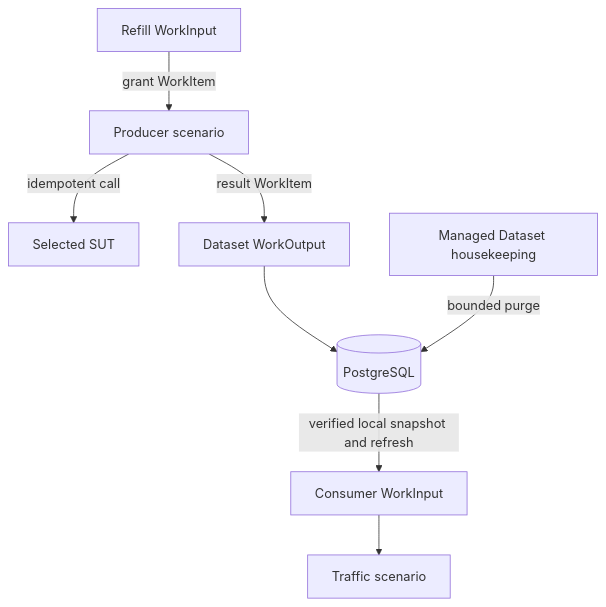
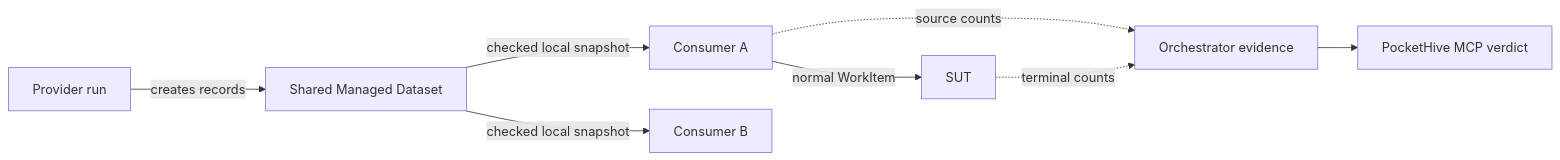
One commit to sepa79/PocketHive changed the diagram in docs/inProgress/managed-datasets-team-overview-plain-language.md. Above: the diagram before and after it, drawn with Mermaid. The commit also changed other lines of this file and 2 other files, not shown here.

````diff
--- a/docs/inProgress/managed-datasets-team-overview-plain-language.md
+++ b/docs/inProgress/managed-datasets-team-overview-plain-language.md
@@ -17,10 +28,10 @@
 ```mermaid
-flowchart TD
-  A["Refill WorkInput"] -->|grant WorkItem| B["Producer scenario"]
-  B -->|idempotent call| C["Selected SUT"]
-  B -->|result WorkItem| D["Dataset WorkOutput"]
-  D --> E[(PostgreSQL)]
-  E -->|verified local snapshot and refresh| F["Consumer WorkInput"]
-  F --> G["Traffic scenario"]
-  H["Managed Dataset housekeeping"] -->|bounded purge| E
+flowchart LR
+  P["Provider run"] -->|creates records| D["Shared Managed Dataset"]
+  D -->|checked local snapshot| A["Consumer A"]
+  D -->|checked local snapshot| B["Consumer B"]
+  A -->|normal WorkItem| S["SUT"]
+  A -. source counts .-> E["Orchestrator evidence"]
+  S -. terminal counts .-> E
+  E --> MCP["PocketHive MCP verdict"]
 ```
````
